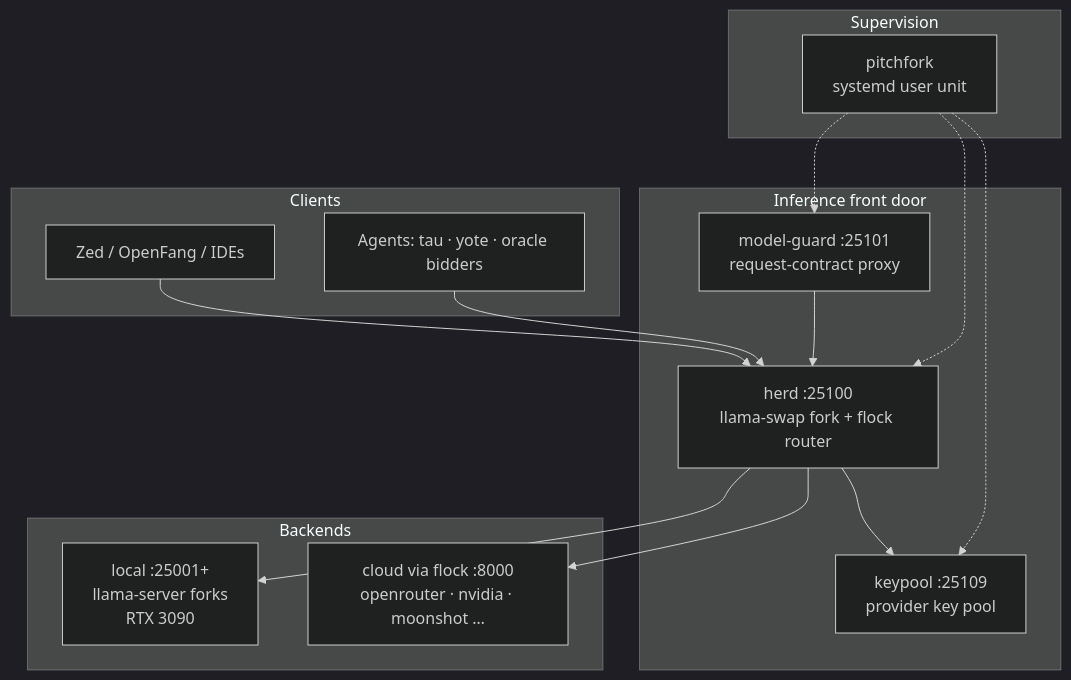
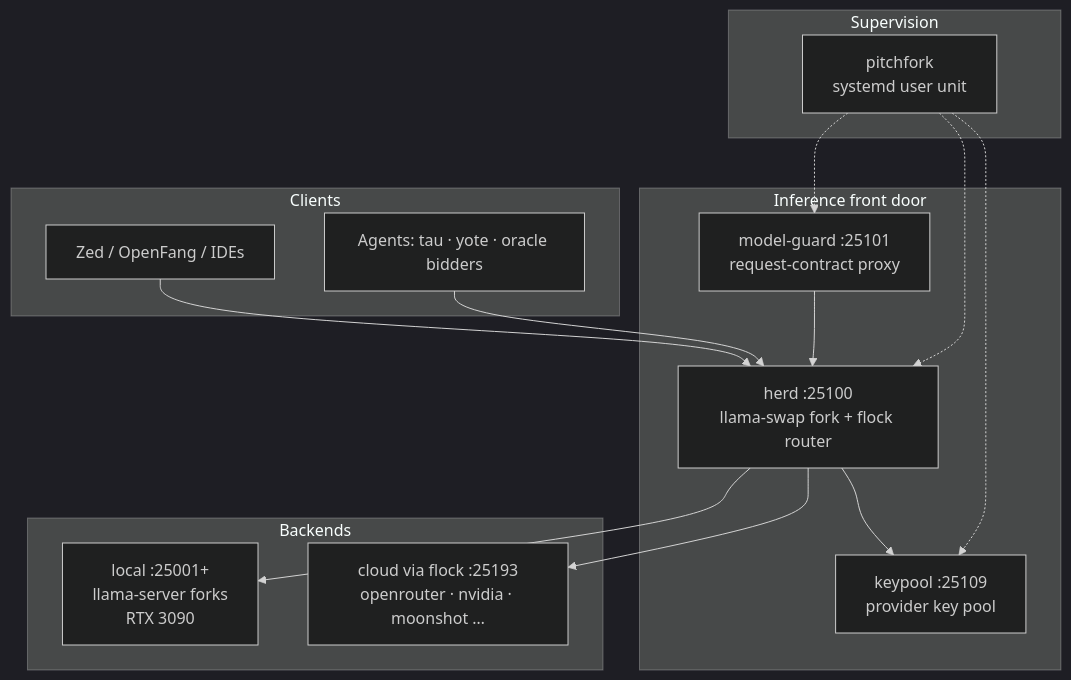
Before and after one commit to toxicwind/sovereign-projects: the second of 3 diagrams in README.md, drawn with Mermaid (dark theme). The commit also changed other lines of this file and 1 other file, not shown here.

````diff
--- a/README.md
+++ b/README.md
@@ -72,28 +72,28 @@
 ```mermaid
 flowchart TB
     subgraph clients["Clients"]
         ZED[Zed / OpenFang / IDEs]
         AG[Agents: tau · yote · oracle bidders]
     end
     subgraph frontdoor["Inference front door"]
         HERD[herd :25100<br/>llama-swap fork + flock router]
         MG[model-guard :25101<br/>request-contract proxy]
         KP[keypool :25109<br/>provider key pool]
     end
     subgraph backends["Backends"]
         LOCAL[local :25001+<br/>llama-server forks<br/>RTX 3090]
-        CLOUD[cloud via flock :8000<br/>openrouter · nvidia · moonshot …]
+        CLOUD[cloud via flock :25193<br/>openrouter · nvidia · moonshot …]
     end
     ZED --> HERD
     AG --> HERD
     MG --> HERD
     HERD --> KP
     HERD --> LOCAL
     HERD --> CLOUD
     subgraph supervise["Supervision"]
         PF2[pitchfork<br/>systemd user unit]
     end
     PF2 -.-> HERD
     PF2 -.-> MG
     PF2 -.-> KP
 ```
````
